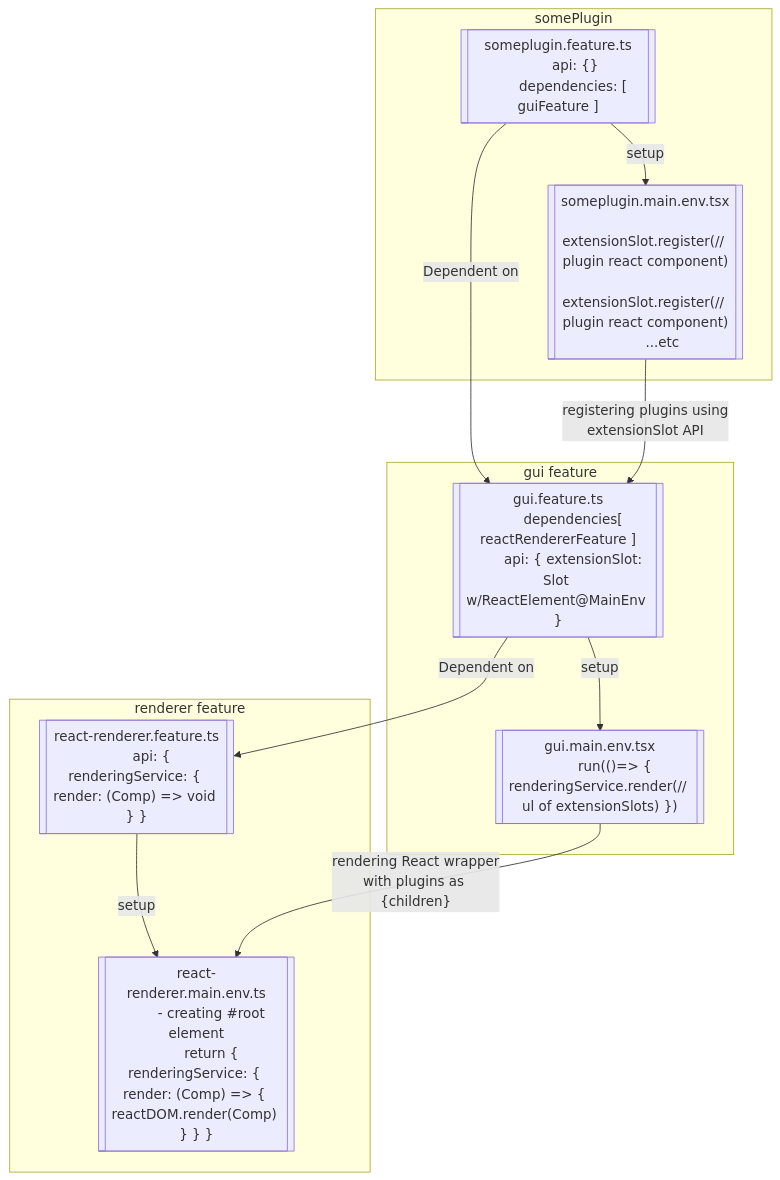
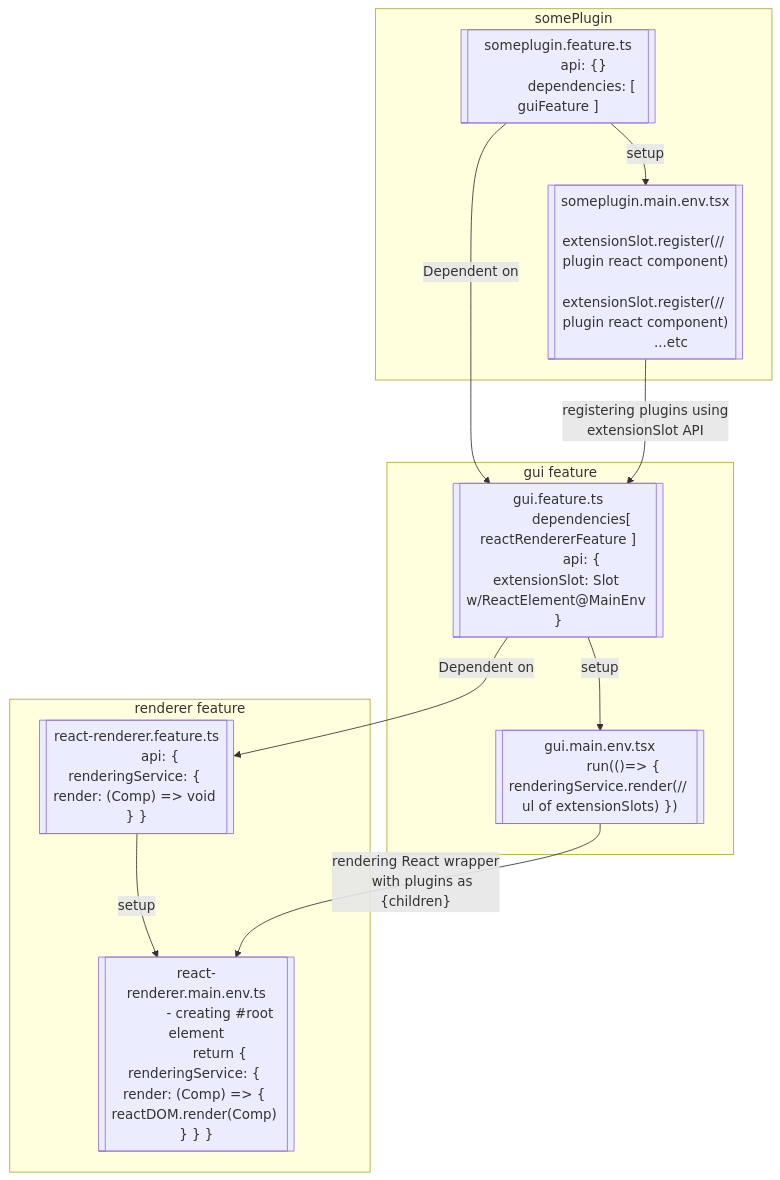
Before and after one commit to wixplosives/engine: the diagram in docs/vault/examples.react.md, drawn with Mermaid. The commit also changed other lines of this file, not shown here.

Commit message:
react docs update

````diff
--- a/docs/vault/examples.react.md
+++ b/docs/vault/examples.react.md
@@ -15,62 +15,59 @@
 ```mermaid
+flowchart TD
+    rendererFeature -- "setup" --> rendererSetup
+    guiFeature -- "setup" --> guiSetup
+    somepluginFeature -- "setup" --> somepluginSetup
 
-flowchart TB
+    guiSetup -- "rendering React wrapper
+    with plugins as {children}" --> rendererSetup
 
-rendererFeature -- "setup" --> rendererSetup
-guiFeature -- "setup" --> guiSetup
-somepluginFeature -- "setup" --> somepluginSetup
+    guiFeature -- "Dependent on" --> rendererFeature
 
-guiSetup -- "rendering React wrapper
-with plugins as {children}" --> rendererSetup
+    somepluginFeature -- "Dependent on" --> guiFeature
 
-guiFeature -- "Dependent on" --> rendererFeature
-
-somepluginFeature -- "Dependent on" --> guiFeature
-
-somepluginSetup -- "registering plugins using
-extensionSlot API
-" --> guiFeature
+    somepluginSetup -- "registering plugins using
+    extensionSlot API
+    " --> guiFeature
 
 
-subgraph renderer["renderer feature"]
-    rendererFeature[["
-        react-renderer.feature.ts
-        api: { renderingService: { render: (Comp) => void } }
-    "]]
+    subgraph renderer["renderer feature"]
+        rendererFeature[["
+            react-renderer.feature.ts
+            api: { renderingService: { render: (Comp) => void } }
+        "]]
 
-    rendererSetup[["
-        react-renderer.main.env.ts
-        - creating #root element
-        return { renderingService: { render: (Comp) => { reactDOM.render(Comp) } } }
-    "]]
-end
+        rendererSetup[["
+            react-renderer.main.env.ts
+            - creating #root element
+            return { renderingService: { render: (Comp) => { reactDOM.render(Comp) } } }
+        "]]
+    end
 
-subgraph gui["gui feature"]
-    guiFeature[["
-        gui.feature.ts
-        dependencies[ reactRendererFeature ]
-        api: { extensionSlot: Slot w/ReactElement@MainEnv }
-    "]]
+    subgraph gui["gui feature"]
+        guiFeature[["
+            gui.feature.ts
+            dependencies[ reactRendererFeature ]
+            api: { extensionSlot: Slot w/ReactElement@MainEnv }
+        "]]
 
-    guiSetup[["
-        gui.main.env.tsx
-        run(()=> { renderingService.render(// ul of extensionSlots) })
-    "]]
-end
+        guiSetup[["
+            gui.main.env.tsx
+            run(()=> { renderingService.render(// ul of extensionSlots) })
+        "]]
+    end
 
-subgraph somePlugin["somePlugin"]
-    somepluginFeature[["
-        someplugin.feature.ts
-        api: {}
-        dependencies: [ guiFeature ]
-    "]]
+    subgraph somePlugin["somePlugin"]
+        somepluginFeature[["
+            someplugin.feature.ts
+            api: {}
+            dependencies: [ guiFeature ]
+        "]]
 
-    somepluginSetup[["
-        someplugin.main.env.tsx
-        extensionSlot.register(// plugin react component)
-        extensionSlot.register(// plugin react component)
-        ...etc
-    "]]
-end
-
+        somepluginSetup[["
+            someplugin.main.env.tsx
+            extensionSlot.register(// plugin react component)
+            extensionSlot.register(// plugin react component)
+            ...etc
+        "]]
+    end
 ```
````
